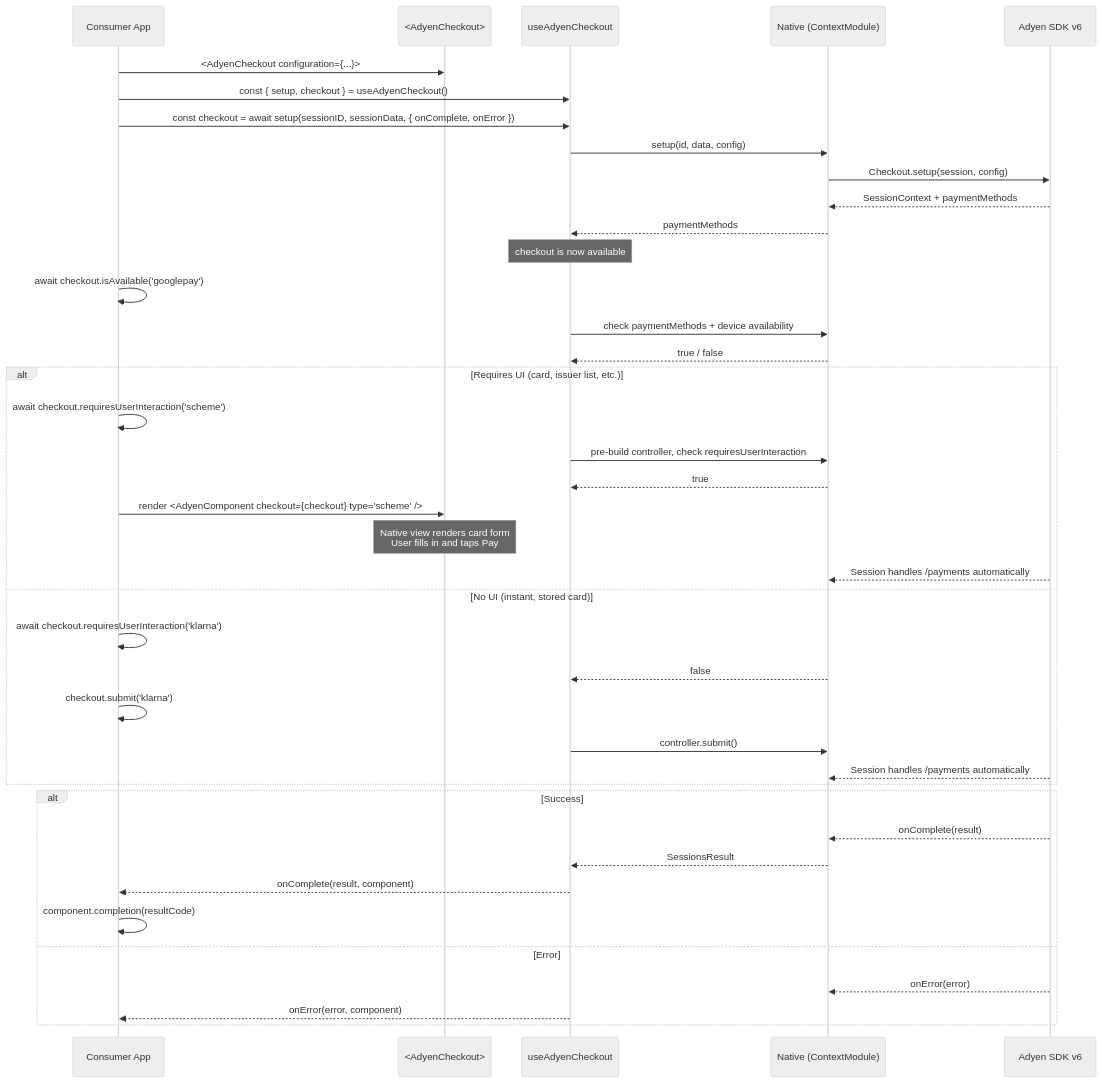
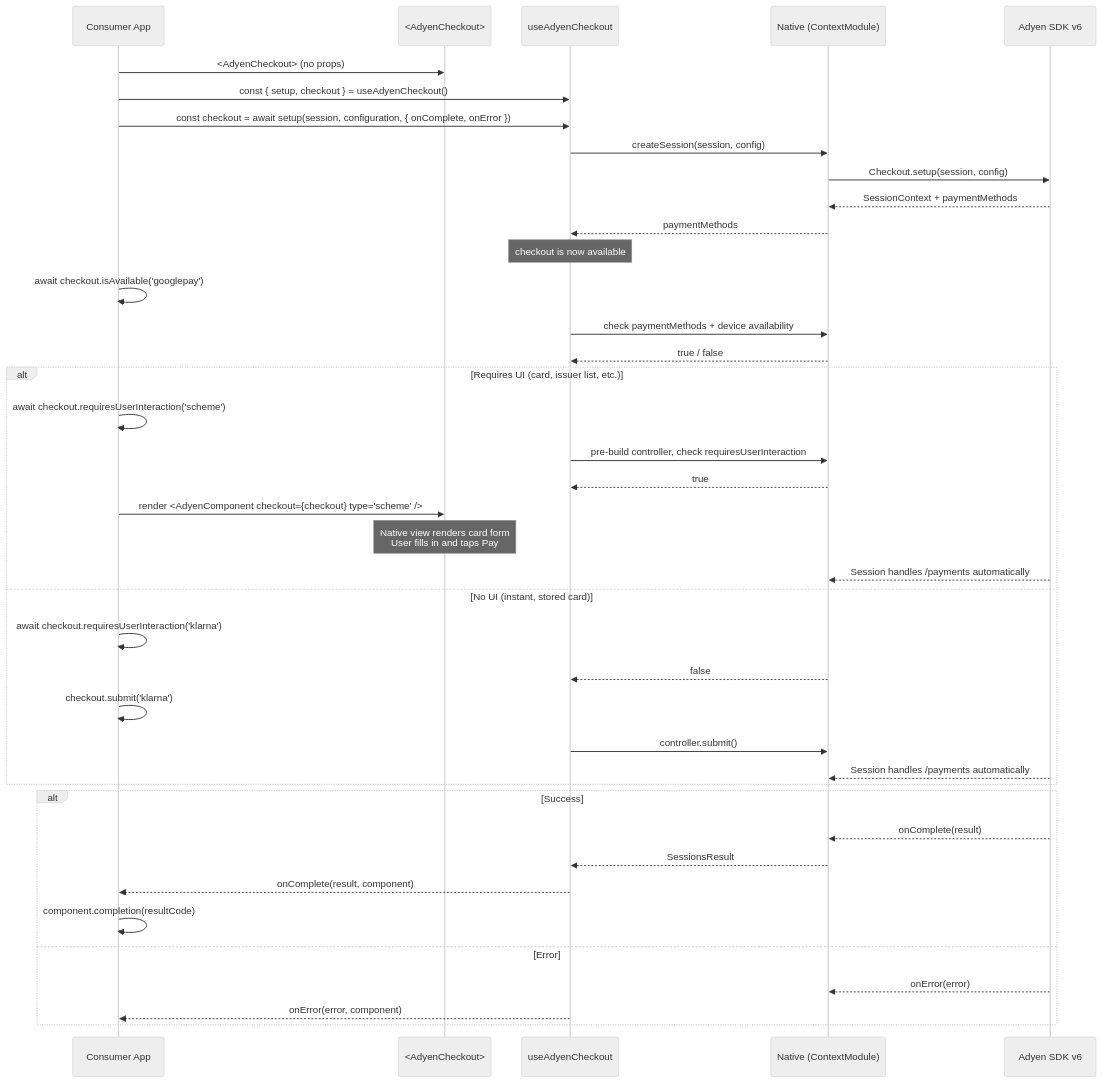
The fourth of 7 diagrams in docs/v6-public-api-proposal.md (Adyen/adyen-react-native), drawn with Mermaid (neutral theme) before and after one commit. The commit also changed other lines of this file and 48 other files, not shown here.

````diff
--- a/docs/v6-public-api-proposal.md
+++ b/docs/v6-public-api-proposal.md
@@ -133,47 +134,47 @@
 ```mermaid
 sequenceDiagram
     participant App as Consumer App
     participant AC as <AdyenCheckout>
     participant Hook as useAdyenCheckout
     participant Native as Native (ContextModule)
     participant SDK as Adyen SDK v6
 
-    App->>AC: <AdyenCheckout configuration={...}>
+    App->>AC: <AdyenCheckout> (no props)
     App->>Hook: const { setup, checkout } = useAdyenCheckout()
 
-    App->>Hook: const checkout = await setup(sessionID, sessionData, { onComplete, onError })
-    Hook->>Native: setup(id, data, config)
+    App->>Hook: const checkout = await setup(session, configuration, { onComplete, onError })
+    Hook->>Native: createSession(session, config)
     Native->>SDK: Checkout.setup(session, config)
     SDK-->>Native: SessionContext + paymentMethods
     Native-->>Hook: paymentMethods
     Note over Hook: checkout is now available
 
     App->>App: await checkout.isAvailable('googlepay')
     Hook->>Native: check paymentMethods + device availability
     Native-->>Hook: true / false
 
     alt Requires UI (card, issuer list, etc.)
         App->>App: await checkout.requiresUserInteraction('scheme')
         Hook->>Native: pre-build controller, check requiresUserInteraction
         Native-->>Hook: true
         App->>AC: render <AdyenComponent checkout={checkout} type="scheme" />
         Note over AC: Native view renders card form<br/>User fills in and taps Pay
         SDK-->>Native: Session handles /payments automatically
     else No UI (instant, stored card)
         App->>App: await checkout.requiresUserInteraction('klarna')
         Native-->>Hook: false
         App->>App: checkout.submit('klarna')
         Hook->>Native: controller.submit()
         SDK-->>Native: Session handles /payments automatically
     end
 
     alt Success
         SDK-->>Native: onComplete(result)
         Native-->>Hook: SessionsResult
         Hook-->>App: onComplete(result, component)
         App->>App: component.completion(resultCode)
     else Error
         SDK-->>Native: onError(error)
         Hook-->>App: onError(error, component)
     end
 ```
````
